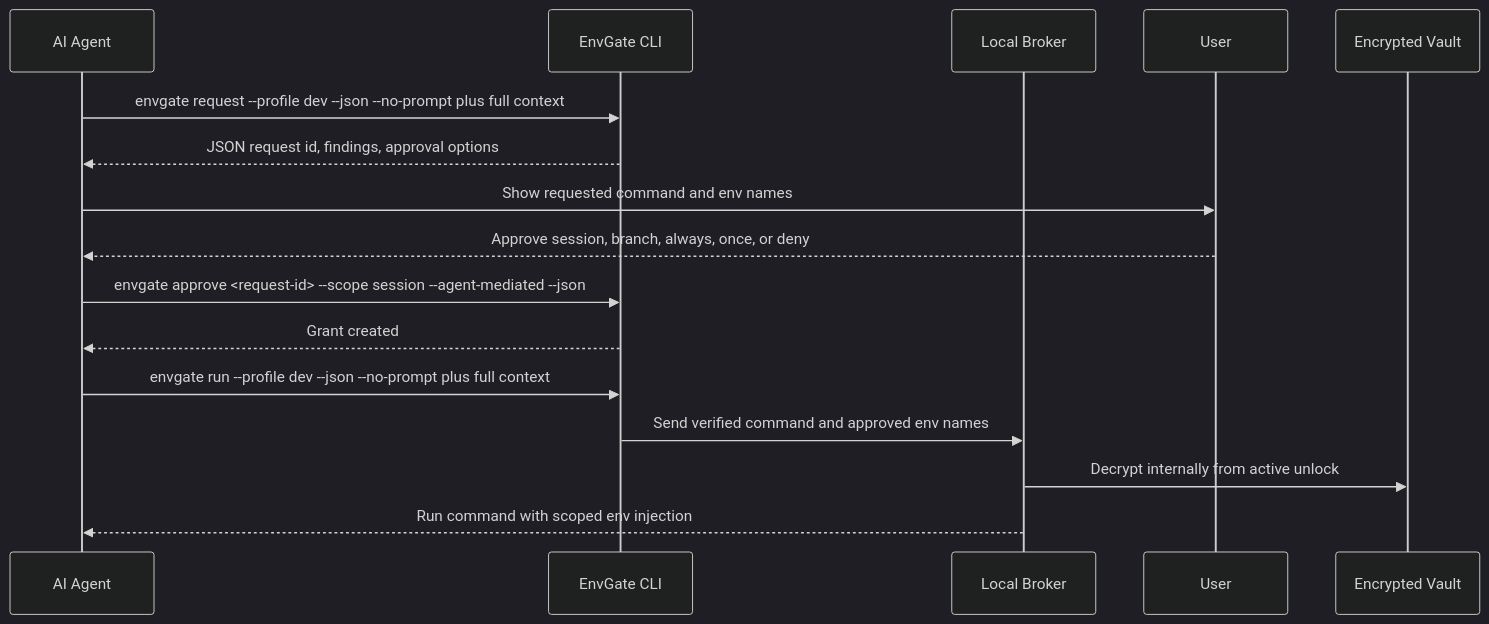
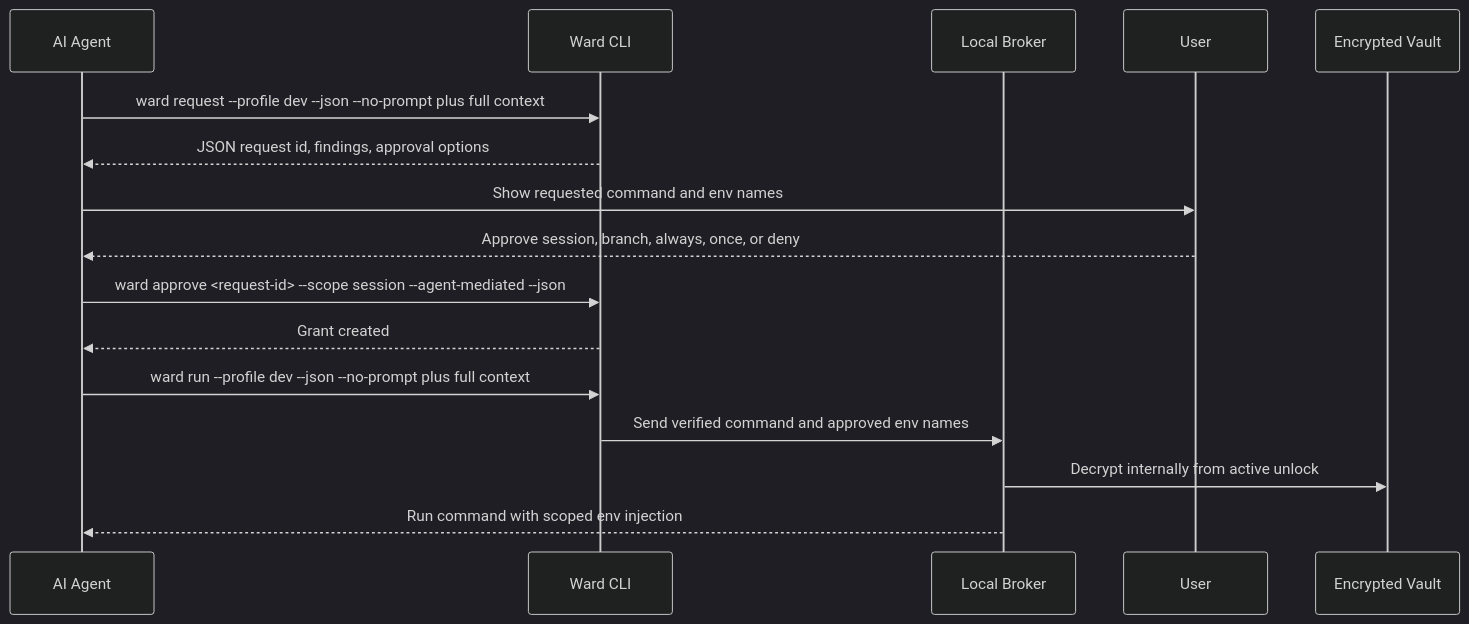
One commit to web3-claw/aiward changed the fifth of 9 diagrams in docs/infographics.md. Above: the diagram before and after it, drawn with Mermaid (dark theme). The commit also changed other lines of this file and 30 other files, not shown here.

First line of the commit message:
refactor: rename envgate → ward across entire codebase

````diff
--- a/docs/infographics.md
+++ b/docs/infographics.md
@@ -151,19 +151,19 @@
 ```mermaid
 sequenceDiagram
     participant Agent as AI Agent
-    participant EnvGate as EnvGate CLI
+    participant Ward as Ward CLI
     participant Broker as Local Broker
     participant User as User
     participant Vault as Encrypted Vault
 
-    Agent->>EnvGate: envgate request --profile dev --json --no-prompt plus full context
-    EnvGate-->>Agent: JSON request id, findings, approval options
+    Agent->>Ward: ward request --profile dev --json --no-prompt plus full context
+    Ward-->>Agent: JSON request id, findings, approval options
     Agent->>User: Show requested command and env names
     User-->>Agent: Approve session, branch, always, once, or deny
-    Agent->>EnvGate: envgate approve <request-id> --scope session --agent-mediated --json
-    EnvGate-->>Agent: Grant created
-    Agent->>EnvGate: envgate run --profile dev --json --no-prompt plus full context
-    EnvGate->>Broker: Send verified command and approved env names
+    Agent->>Ward: ward approve <request-id> --scope session --agent-mediated --json
+    Ward-->>Agent: Grant created
+    Agent->>Ward: ward run --profile dev --json --no-prompt plus full context
+    Ward->>Broker: Send verified command and approved env names
     Broker->>Vault: Decrypt internally from active unlock
     Broker-->>Agent: Run command with scoped env injection
 ```
````
